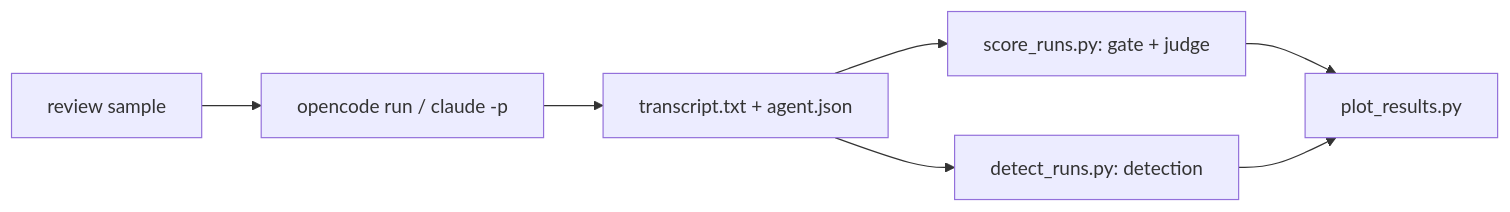
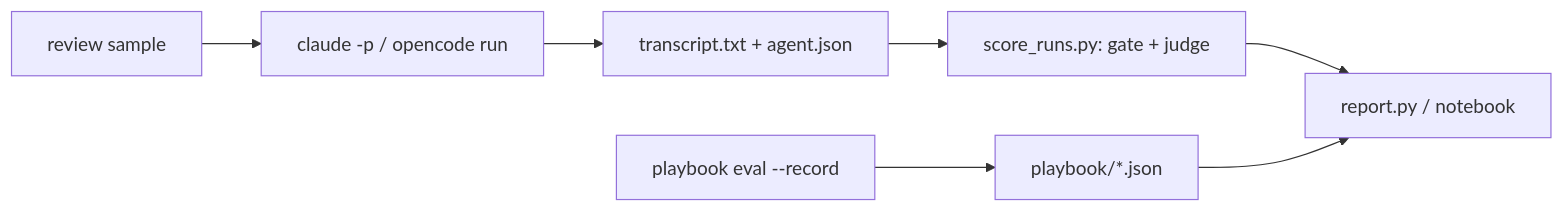
The diagram in benchmarks/README.md (msobroza/coding-agent-playbook), drawn with Mermaid before and after one commit. The commit also changed other lines of this file and 781 other files, not shown here.

Commit message:
feat(benchmarks): Qwen3.8 review benchmark, built-in reviewers vs the playbook prompt (#367)

````diff
--- a/benchmarks/README.md
+++ b/benchmarks/README.md
@@ -115,7 +250,7 @@
 ```mermaid
 flowchart LR
-  S[review sample] --> A["opencode run / claude -p"]
+  S[review sample] --> A["claude -p / opencode run"]
   A --> T[transcript.txt + agent.json]
-  T --> G["score_runs.py: gate + judge"] --> P[plot_results.py]
-  T --> D["detect_runs.py: detection"] --> P
+  T --> G["score_runs.py: gate + judge"] --> R["report.py / notebook"]
+  P["playbook eval --record"] --> J[playbook/*.json] --> R
 ```
````
